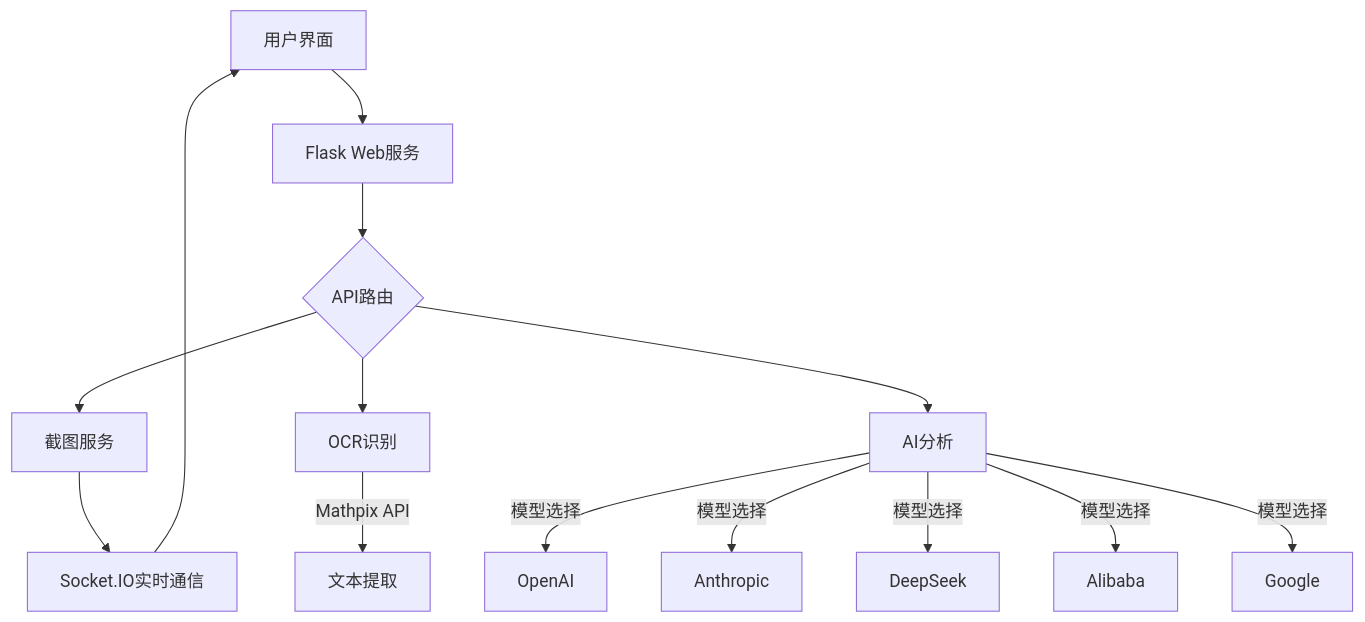
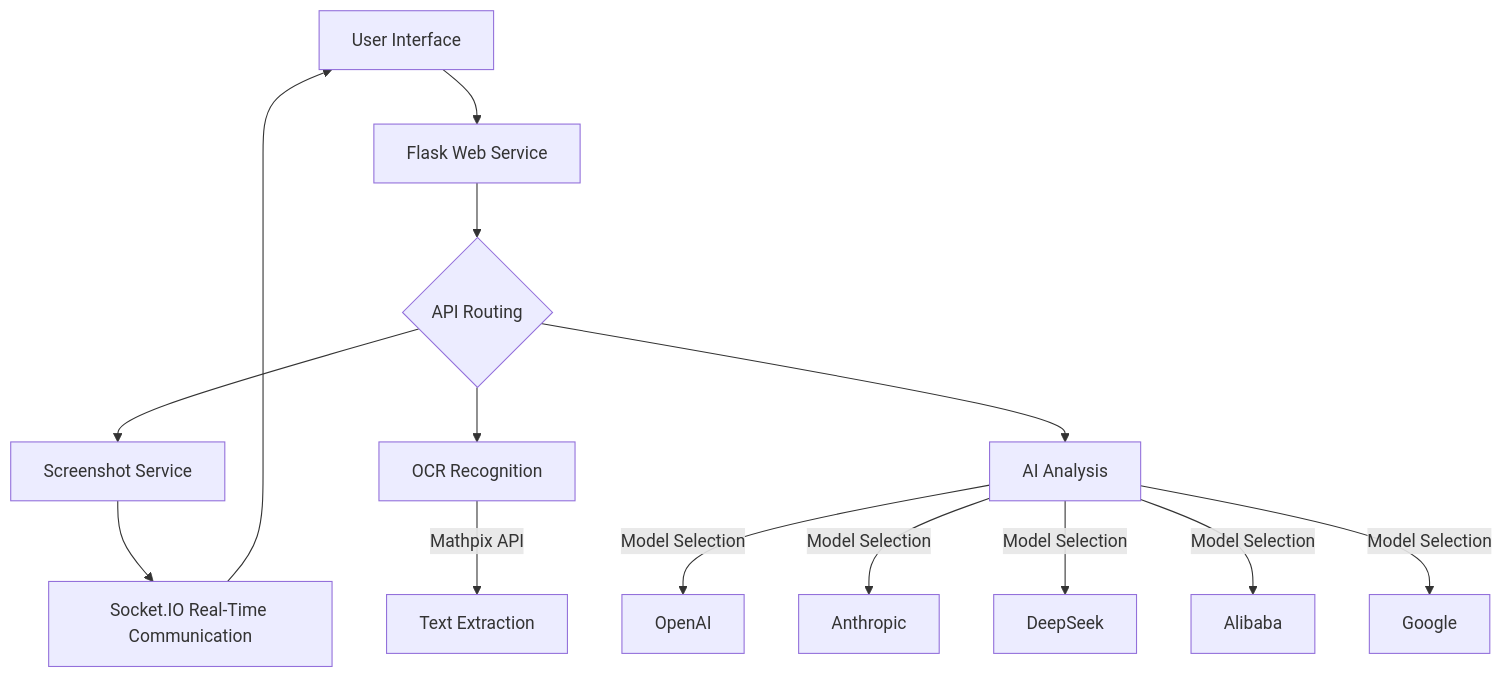
The diagram in README.md (Zippland/Snap-Solver), drawn with Mermaid before and after one commit. The commit also changed other lines of this file and 23 other files, not shown here.

````diff
--- a/README.md
+++ b/README.md
@@ -59,16 +58,16 @@
-  ```mermaid
-  graph TD
-      A[用户界面] --> B[Flask Web服务]
-      B --> C{API路由}
-      C --> D[截图服务]
-      C --> E[OCR识别]
-      C --> F[AI分析]
-      E --> |Mathpix API| G[文本提取]
-      F --> |模型选择| H1[OpenAI]
-      F --> |模型选择| H2[Anthropic]
-      F --> |模型选择| H3[DeepSeek]
-      F --> |模型选择| H4[Alibaba]
-      F --> |模型选择| H5[Google]
-      D --> I[Socket.IO实时通信]
-      I --> A
-  ```
+```mermaid
+graph TD
+    A[User Interface] --> B[Flask Web Service]
+    B --> C{API Routing}
+    C --> D[Screenshot Service]
+    C --> E[OCR Recognition]
+    C --> F[AI Analysis]
+    E --> |Mathpix API| G[Text Extraction]
+    F --> |Model Selection| H1[OpenAI]
+    F --> |Model Selection| H2[Anthropic]
+    F --> |Model Selection| H3[DeepSeek]
+    F --> |Model Selection| H4[Alibaba]
+    F --> |Model Selection| H5[Google]
+    D --> I[Socket.IO Real-Time Communication]
+    I --> A
+```
````
